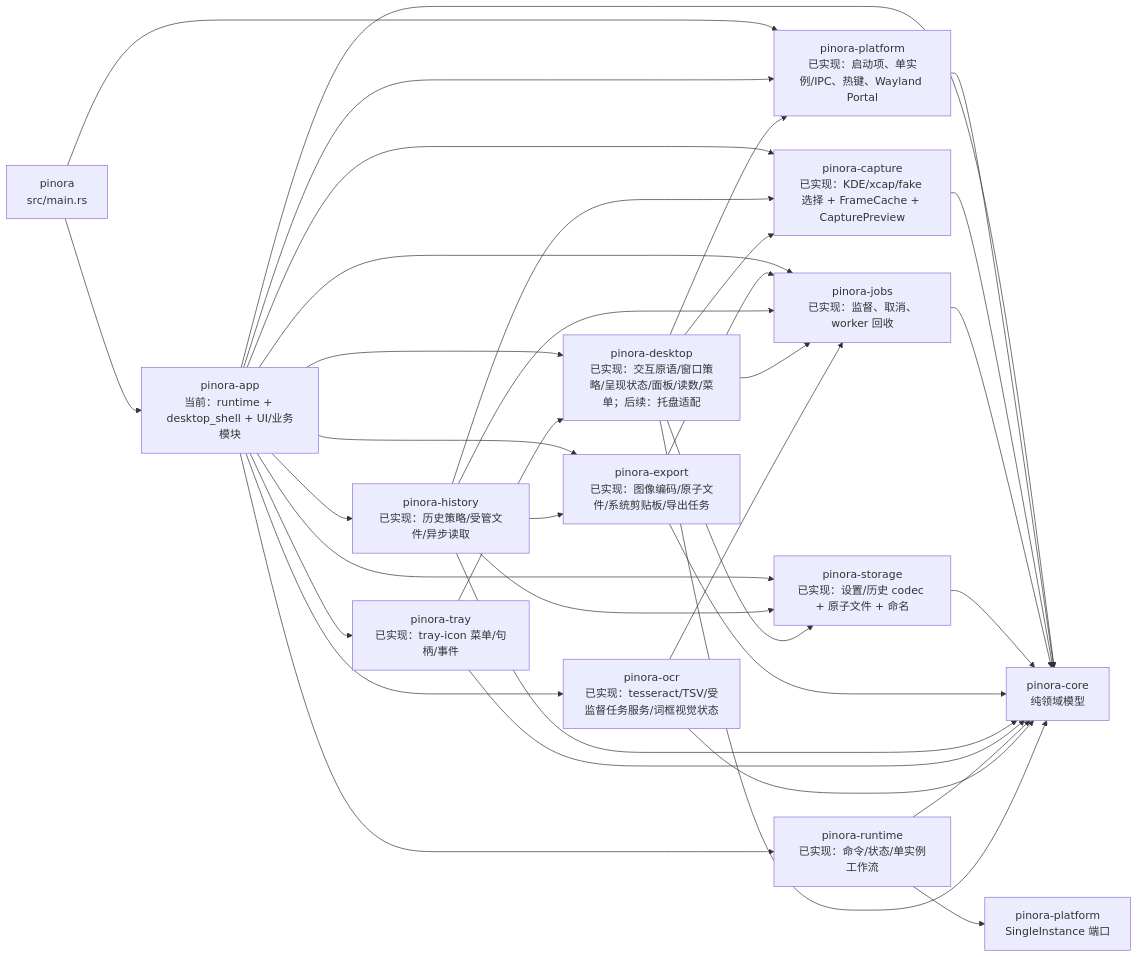
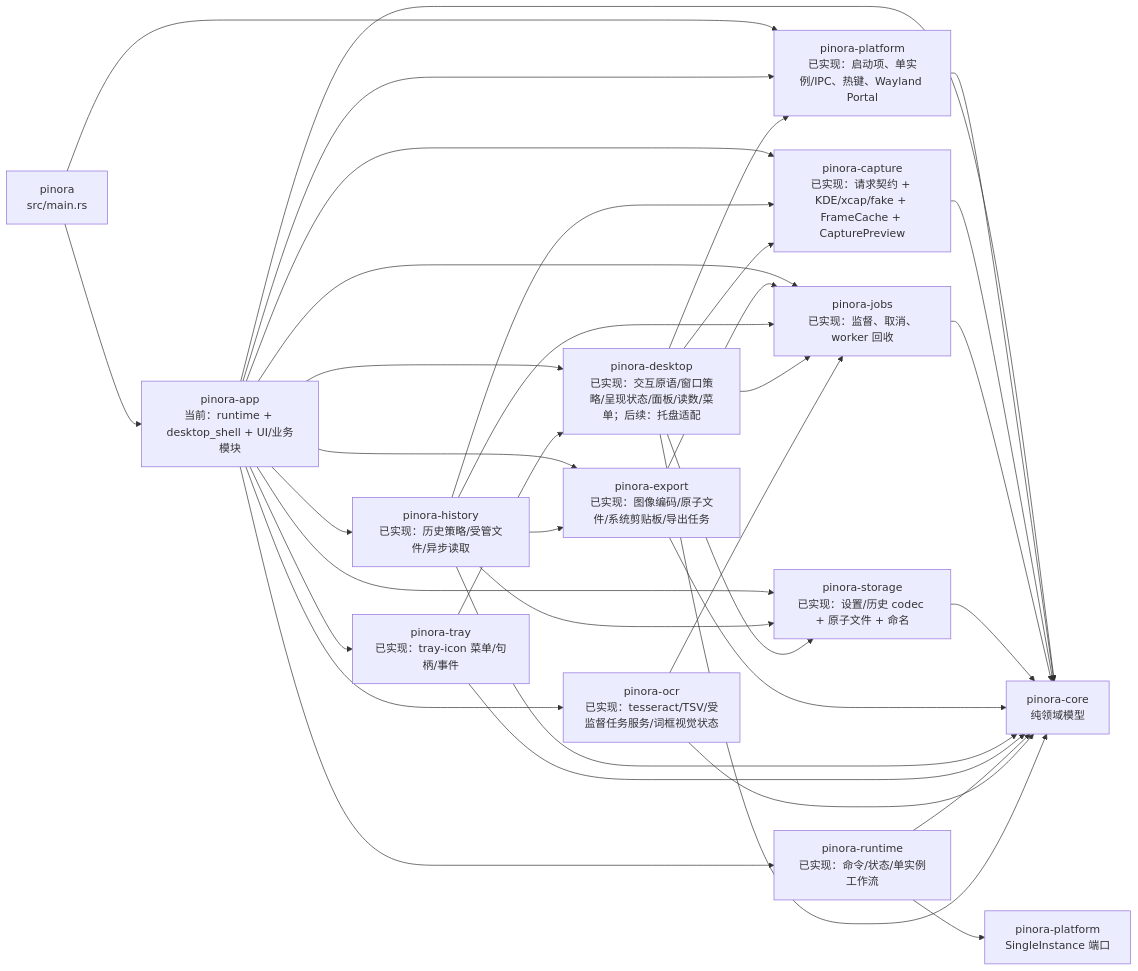
Before and after one commit to yhyzgn/pinora: the third of 23 diagrams in docs/Pinora-开发设计文档.md, drawn with Mermaid. The commit also changed other lines of this file and 9 other files, not shown here.

````diff
--- a/docs/Pinora-开发设计文档.md
+++ b/docs/Pinora-开发设计文档.md
@@ -236,39 +236,39 @@
 ```mermaid
 flowchart LR
     Main["pinora\nsrc/main.rs"] --> App["pinora-app\n当前：runtime + desktop_shell + UI/业务模块"]
     Main --> Platform["pinora-platform\n已实现：启动项、单实例/IPC、热键、Wayland Portal"]
     App --> Platform
     App --> Core["pinora-core\n纯领域模型"]
     Platform --> Core
 
-    App --> CaptureNow["pinora-capture\n已实现：KDE/xcap/fake 选择 + FrameCache + CapturePreview"]
+    App --> CaptureNow["pinora-capture\n已实现：请求契约 + KDE/xcap/fake + FrameCache + CapturePreview"]
     CaptureNow --> Core
     App --> JobsNow["pinora-jobs\n已实现：监督、取消、worker 回收"]
     JobsNow --> Core
     App --> StorageNow["pinora-storage\n已实现：设置/历史 codec + 原子文件 + 命名"]
     StorageNow --> Core
     App --> Desktop["pinora-desktop\n已实现：交互原语/窗口策略/呈现状态/面板/读数/菜单；后续：托盘适配"]
     App --> ExportNow["pinora-export\n已实现：图像编码/原子文件/系统剪贴板/导出任务"]
     ExportNow --> Core
     ExportNow --> JobsNow
     App --> HistoryNow["pinora-history\n已实现：历史策略/受管文件/异步读取"]
     HistoryNow --> Core
     HistoryNow --> StorageNow
     HistoryNow --> CaptureNow
     HistoryNow --> JobsNow
     HistoryNow --> ExportNow
     App --> TrayNow["pinora-tray\n已实现：tray-icon 菜单/句柄/事件"]
     TrayNow --> Core
     TrayNow --> Desktop
     App --> RuntimeNow["pinora-runtime\n已实现：命令/状态/单实例工作流"]
     RuntimeNow --> Core
     RuntimeNow --> PlatformNow["pinora-platform\nSingleInstance 端口"]
     App --> Ocr["pinora-ocr\n已实现：tesseract/TSV/受监督任务服务/词框视觉状态"]
     Ocr --> Core
     Desktop --> Core
     Desktop --> Platform
     Desktop --> CaptureNow
     Desktop --> JobsNow
     Desktop --> StorageNow
     Ocr --> JobsNow
 ```
````
